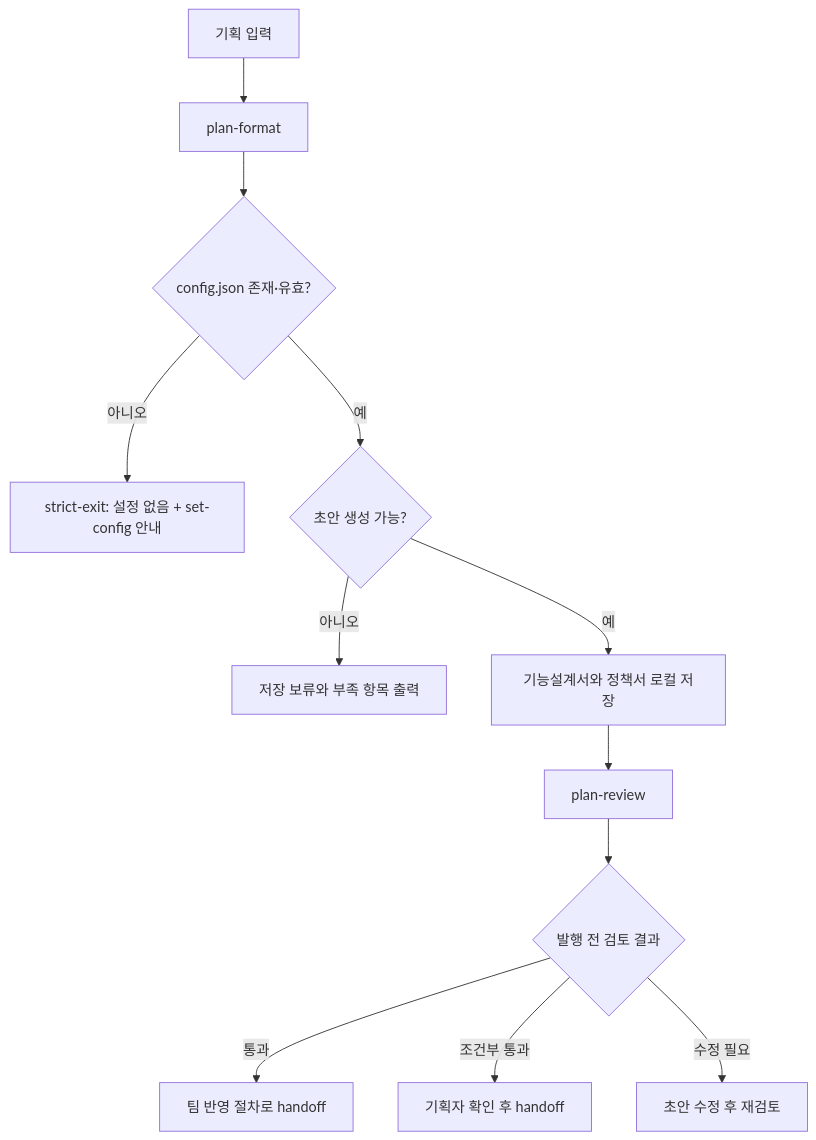
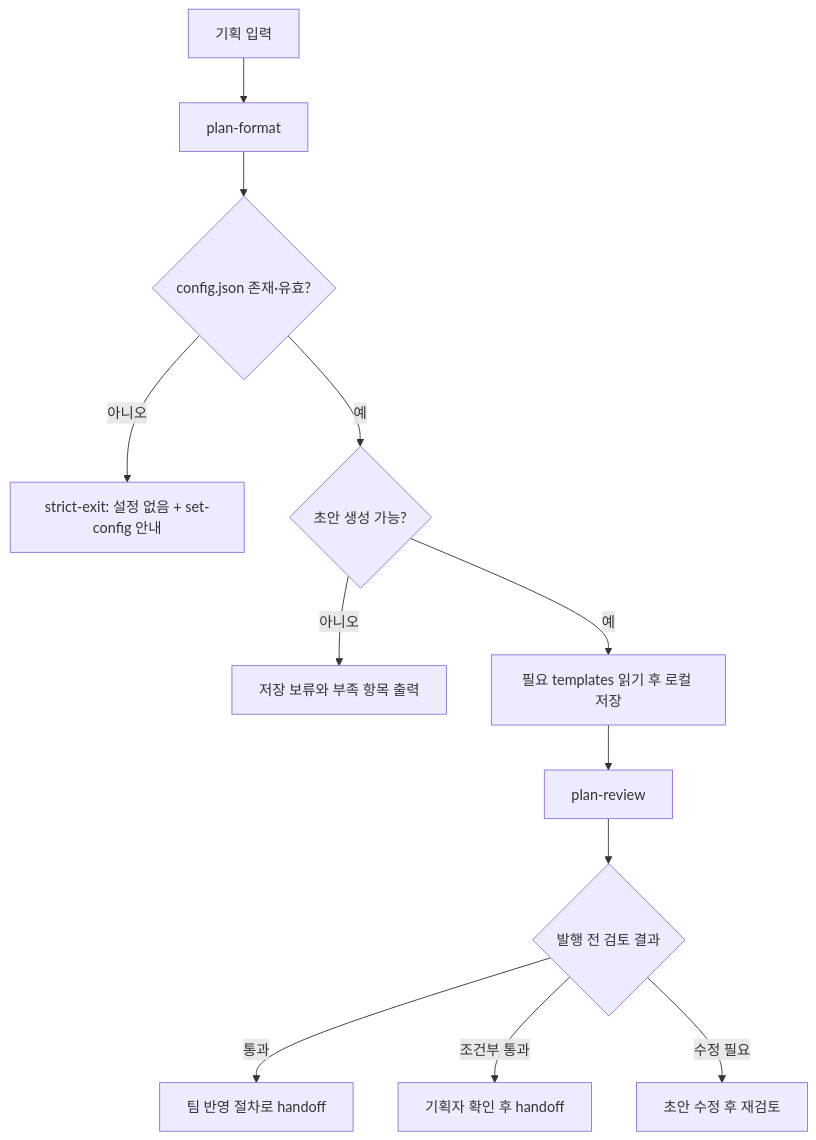
One commit to inkwonjung-colosseum/plugins changed the diagram in product-team-kit/docs/prd.md. Above: the diagram before and after it, drawn with Mermaid. The commit also changed other lines of this file and 37 other files, not shown here.

````diff
--- a/product-team-kit/docs/prd.md
+++ b/product-team-kit/docs/prd.md
@@ -62,14 +64,14 @@
 ```mermaid
 flowchart TD
     A[기획 입력] --> B[plan-format]
     B --> S1{config.json 존재·유효?}
     S1 -- 아니오 --> S1X[strict-exit: 설정 없음 + set-config 안내]
     S1 -- 예 --> C{초안 생성 가능?}
     C -- 아니오 --> D[저장 보류와 부족 항목 출력]
-    C -- 예 --> E[기능설계서와 정책서 로컬 저장]
+    C -- 예 --> E[필요 templates 읽기 후 로컬 저장]
     E --> F[plan-review]
     F --> G{발행 전 검토 결과}
     G -- 통과 --> H[팀 반영 절차로 handoff]
     G -- 조건부 통과 --> I[기획자 확인 후 handoff]
     G -- 수정 필요 --> J[초안 수정 후 재검토]
 ```
````
